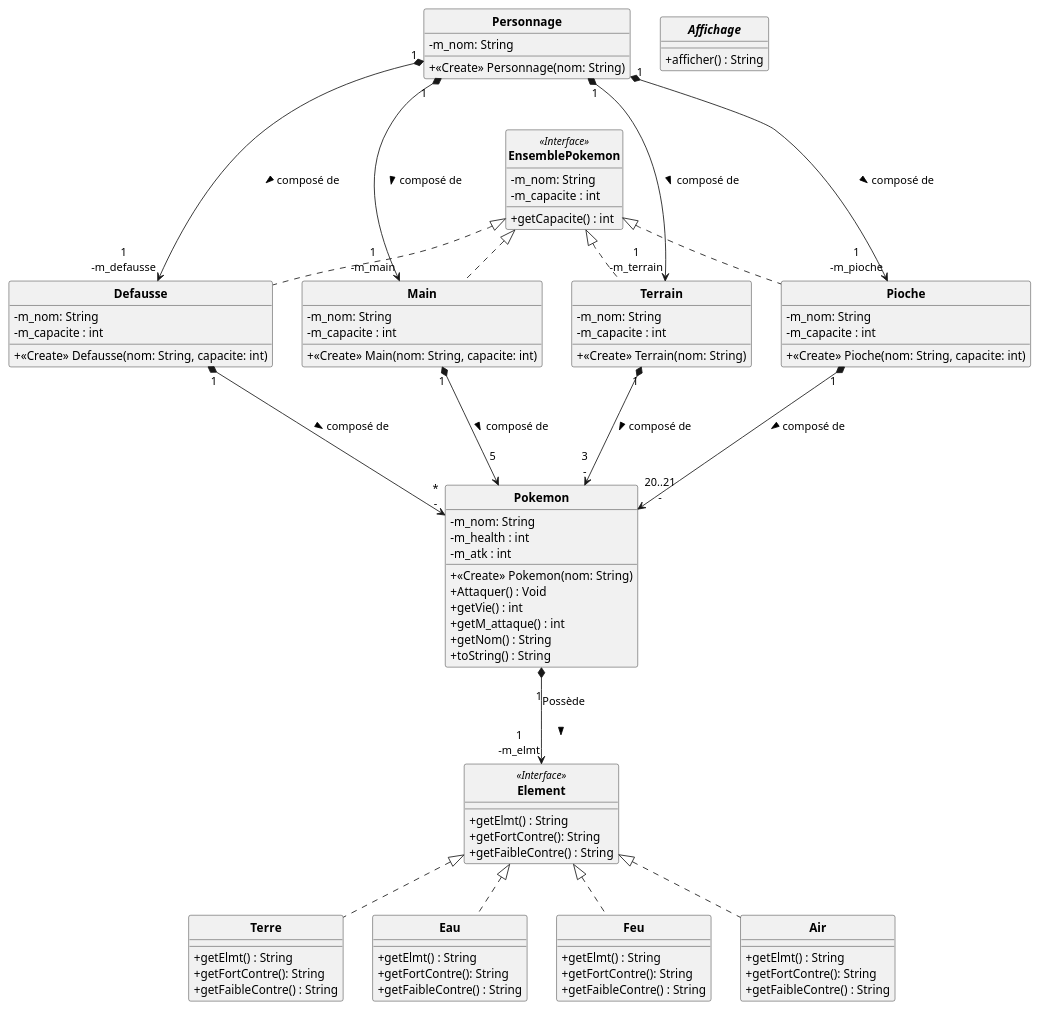
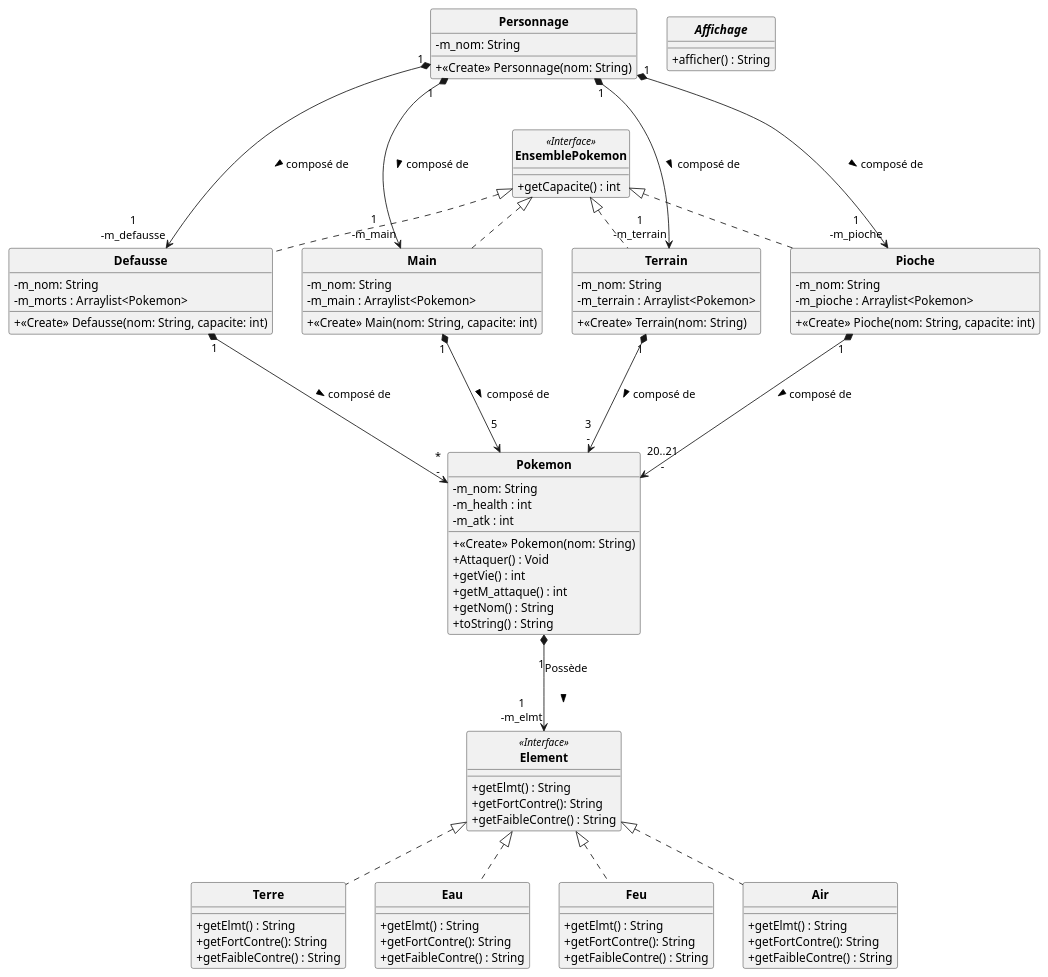
Before and after one commit to DLR-coding/POOkemon: the diagram in uml/semaine1.puml, drawn with PlantUML. The commit also changed 12 other files, not shown here.

Commit message:
Semaine 2 : MainJoueur codé , Pioche pas encore codé

```diff
--- a/uml/semaine1.puml
+++ b/uml/semaine1.puml
@@ -1,116 +1,114 @@
 @startuml
 'https://plantuml.com/class-diagram
 skinparam classAttributeIconSize 0
 skinparam classFontStyle Bold
 skinparam style strictuml
 
 class Personnage
 {
     - m_nom: String
     + <<Create>> Personnage(nom: String)
 }
 
 class EnsemblePokemon <<Interface>>
 {
-    - m_nom: String
-    - m_capacite : int
     + getCapacite() : int
 }
 
 class Defausse implements EnsemblePokemon
 {
     - m_nom: String
-    - m_capacite : int
+    - m_morts : Arraylist<Pokemon>
     + <<Create>> Defausse(nom: String, capacite: int)
 }
 
 class Main implements EnsemblePokemon
 {
     - m_nom: String
-    - m_capacite : int
+    - m_main : Arraylist<Pokemon>
     + <<Create>> Main(nom: String, capacite: int)
 }
 
 class Terrain implements EnsemblePokemon
 {
     - m_nom: String
-    - m_capacite : int
+    - m_terrain : Arraylist<Pokemon>
     + <<Create>> Terrain(nom: String)
 }
 
 class Pioche implements EnsemblePokemon
 {
     - m_nom: String
-    - m_capacite : int
+    - m_pioche : Arraylist<Pokemon>
     + <<Create>> Pioche(nom: String, capacite: int)
 }
 
 
 class Pokemon
 {
     - m_nom: String
     - m_health : int
     - m_atk : int
     + <<Create>> Pokemon(nom: String)
     + Attaquer() : Void
     + getVie() : int
     + getM_attaque() : int
     + getNom() : String
     + toString() : String 
 }
 
 class Element <<Interface>>
 {
     + getElmt() : String
     + getFortContre(): String
     + getFaibleContre() : String
 }
 
 
 class Terre implements Element
 {
     + getElmt() : String
     + getFortContre(): String
     + getFaibleContre() : String
 }
 
 class Eau implements Element
 {
     + getElmt() : String
     + getFortContre(): String
     + getFaibleContre() : String
 }
 
 class Feu implements Element
 {
     + getElmt() : String
     + getFortContre(): String
     + getFaibleContre() : String
 }
 
 class Air implements Element
 {
     + getElmt() : String
     + getFortContre(): String
     + getFaibleContre() : String
 }
 
 abstract Affichage
 {
     + afficher() : String
 }
 
 Pioche "1" *---> "20..21\n-" Pokemon : composé de \t\t >
 Main "1" *---> "5\n" Pokemon : composé de \t\t >
 Terrain "1" *---> "3\n-" Pokemon : composé de \t\t >
 Defausse "1" *---> "*\n-" Pokemon : composé de \t\t >
 
 Pokemon "\n 1" *--> "1\n-m_elmt" Element : Possède\n\n >
 Personnage "1" *---> "1\n-m_terrain" Terrain : composé de \t\t >
 Personnage "1" *---> "1\n-m_pioche" Pioche : composé de \t\t >
 Personnage "1" *---> "1\n-m_main" Main : composé de \t\t >
 Personnage "1" *---> "1\n-m_defausse" Defausse : composé de \t\t >
 
 
 
 @enduml
```
